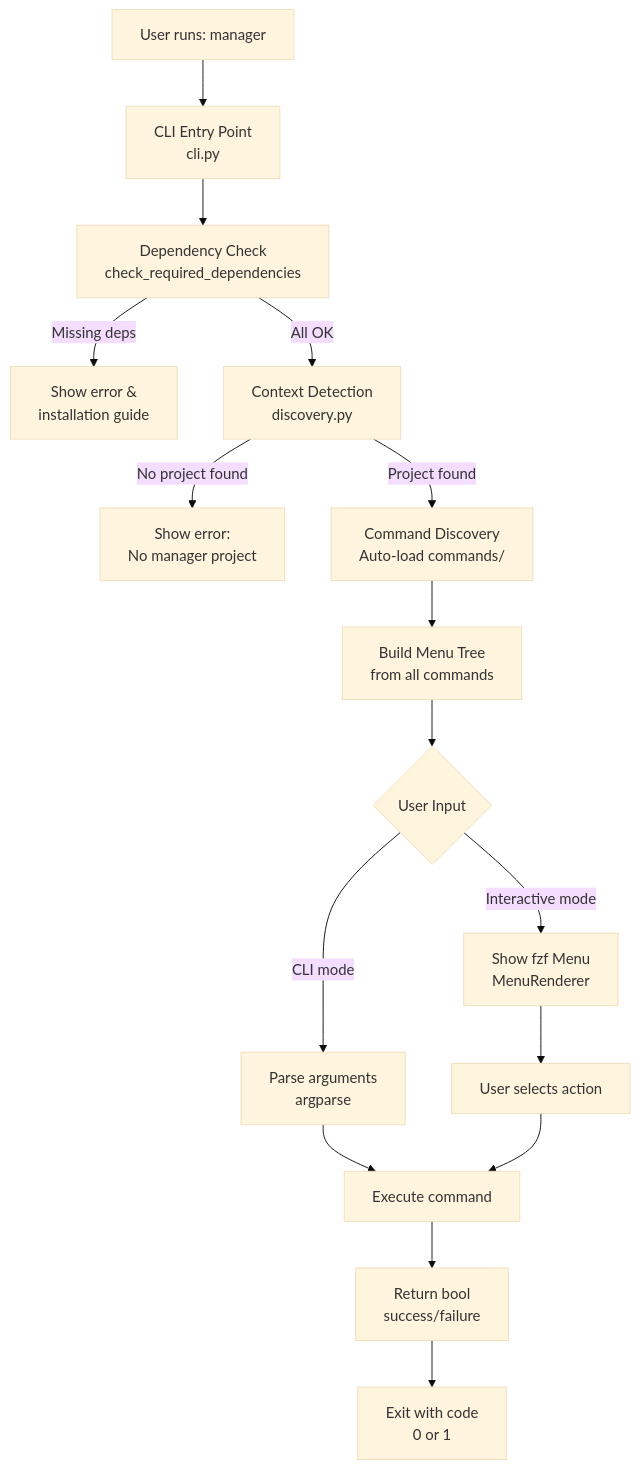
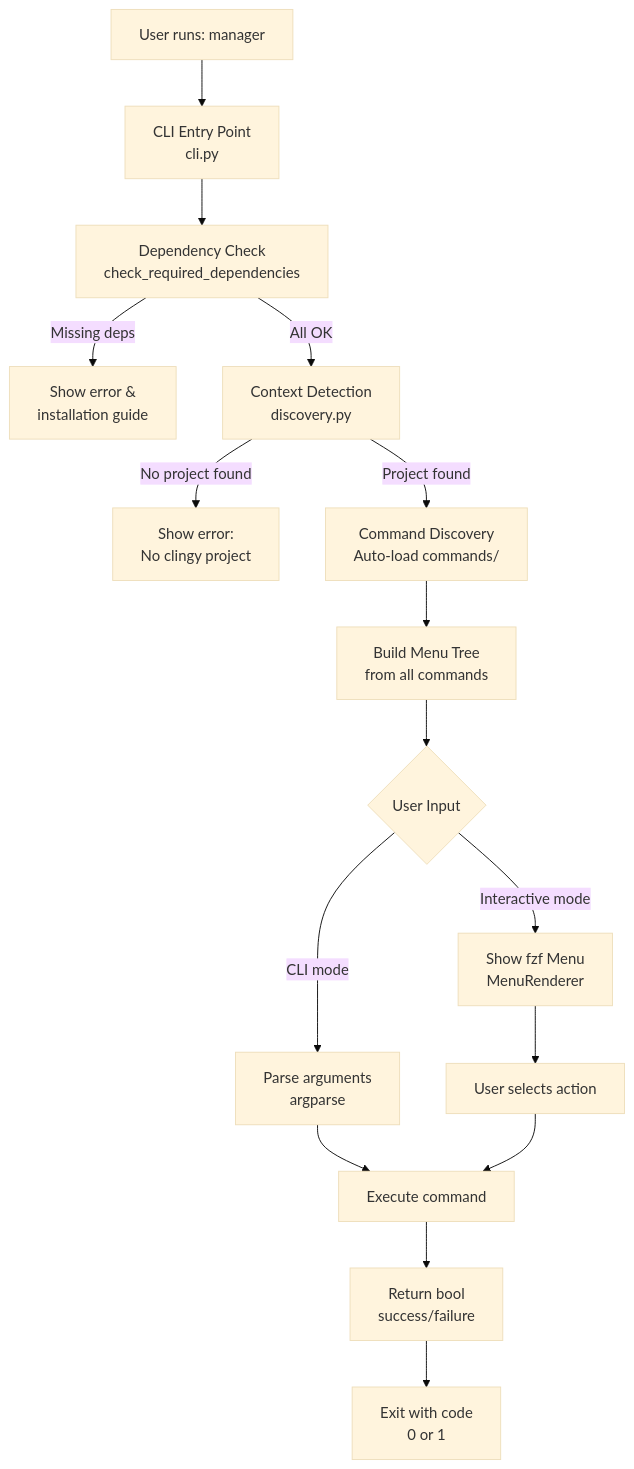
One commit to ncasatti/clingy changed the diagram in README.md. Above: the diagram before and after it, drawn with Mermaid (base theme). The commit also changed other lines of this file and 103 other files, not shown here.

````diff
--- a/README.md
+++ b/README.md
@@ -649,18 +649,18 @@
 ```mermaid
 graph TD
     A["User runs: manager"] --> B["CLI Entry Point<br/>cli.py"]
     B --> C["Dependency Check<br/>check_required_dependencies"]
     C -->|Missing deps| D["Show error &<br/>installation guide"]
     C -->|All OK| E["Context Detection<br/>discovery.py"]
-    E -->|No project found| F["Show error:<br/>No manager project"]
+    E -->|No project found| F["Show error:<br/>No clingy project"]
     E -->|Project found| G["Command Discovery<br/>Auto-load commands/"]
     G --> H["Build Menu Tree<br/>from all commands"]
     H --> I{User Input}
     I -->|Interactive mode| J["Show fzf Menu<br/>MenuRenderer"]
     I -->|CLI mode| K["Parse arguments<br/>argparse"]
     J --> L["User selects action"]
     K --> M["Execute command"]
     L --> M
     M --> N["Return bool<br/>success/failure"]
     N --> O["Exit with code<br/>0 or 1"]
 ```
````
